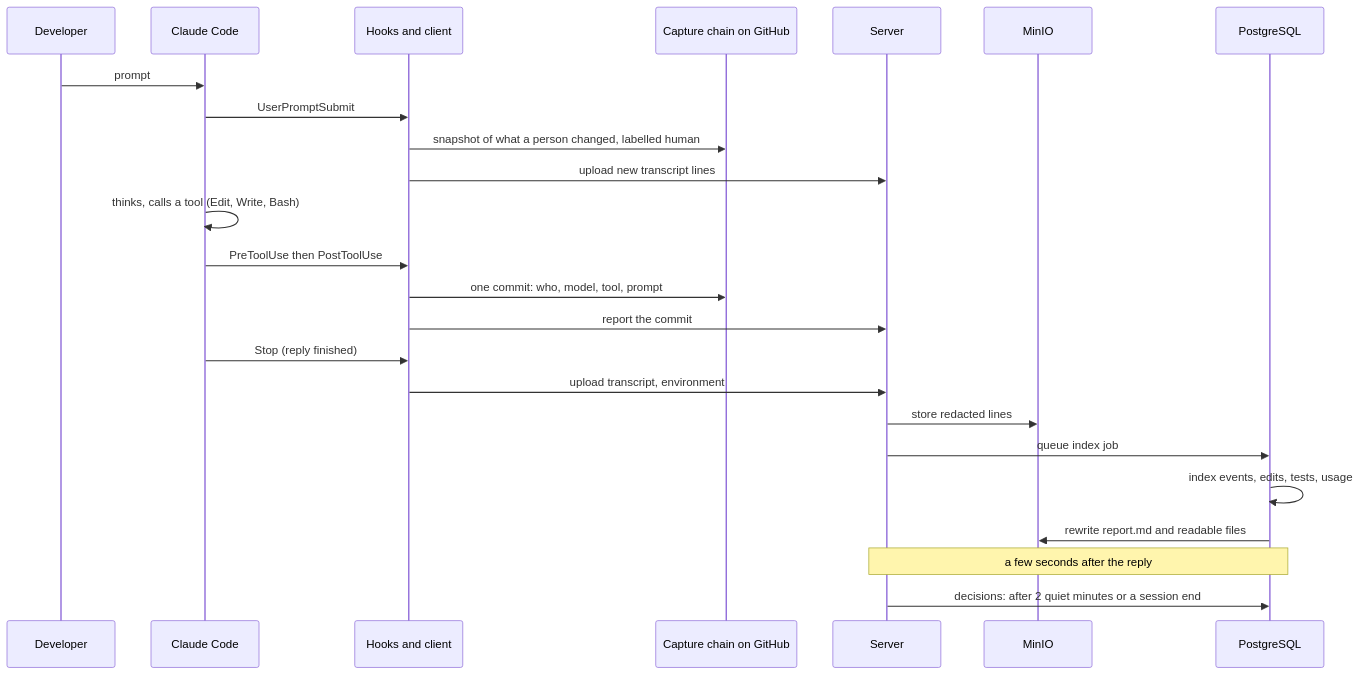
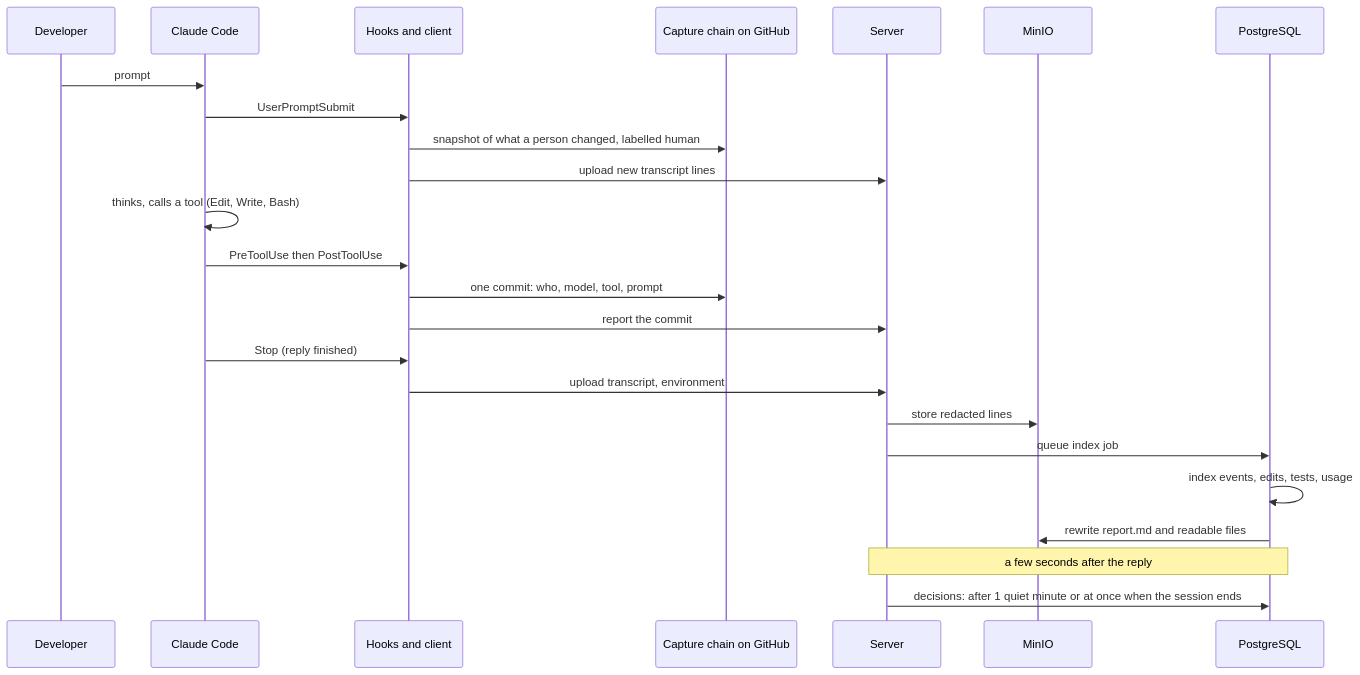
Before and after one commit to kabilancode12/CCP_capture-: the second of 2 diagrams in README-ARCHITECTURE-AND-STATUS.md, drawn with Mermaid. The commit also changed other lines of this file and 2 other files, not shown here.

````diff
--- a/README-ARCHITECTURE-AND-STATUS.md
+++ b/README-ARCHITECTURE-AND-STATUS.md
@@ -85,27 +95,27 @@
 ```mermaid
 sequenceDiagram
   participant D as Developer
   participant C as Claude Code
   participant H as Hooks and client
   participant G as Capture chain on GitHub
   participant S as Server
   participant M as MinIO
   participant P as PostgreSQL
 
   D->>C: prompt
   C->>H: UserPromptSubmit
   H->>G: snapshot of what a person changed, labelled human
   H->>S: upload new transcript lines
   C->>C: thinks, calls a tool (Edit, Write, Bash)
   C->>H: PreToolUse then PostToolUse
   H->>G: one commit: who, model, tool, prompt
   H->>S: report the commit
   C->>H: Stop (reply finished)
   H->>S: upload transcript, environment
   S->>M: store redacted lines
   S->>P: queue index job
   P->>P: index events, edits, tests, usage
   P->>M: rewrite report.md and readable files
   Note over S,P: a few seconds after the reply
-  S->>P: decisions: after 2 quiet minutes or a session end
+  S->>P: decisions: after 1 quiet minute or at once when the session ends
 ```
````
